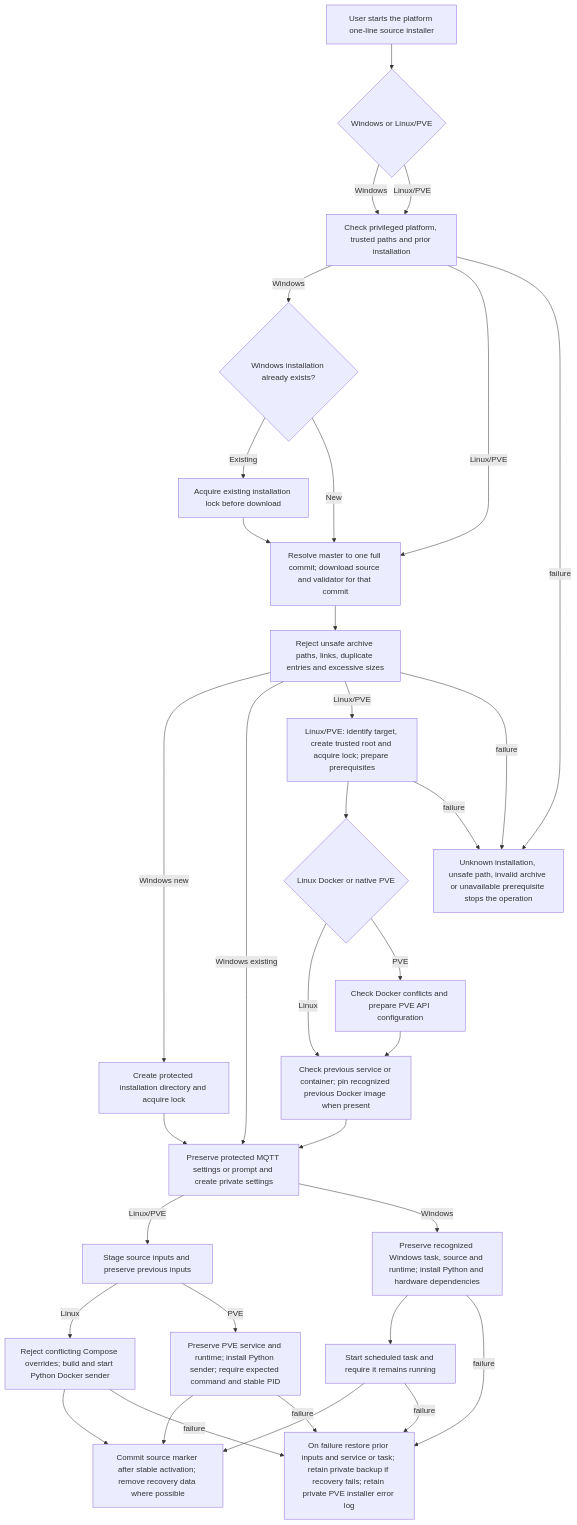
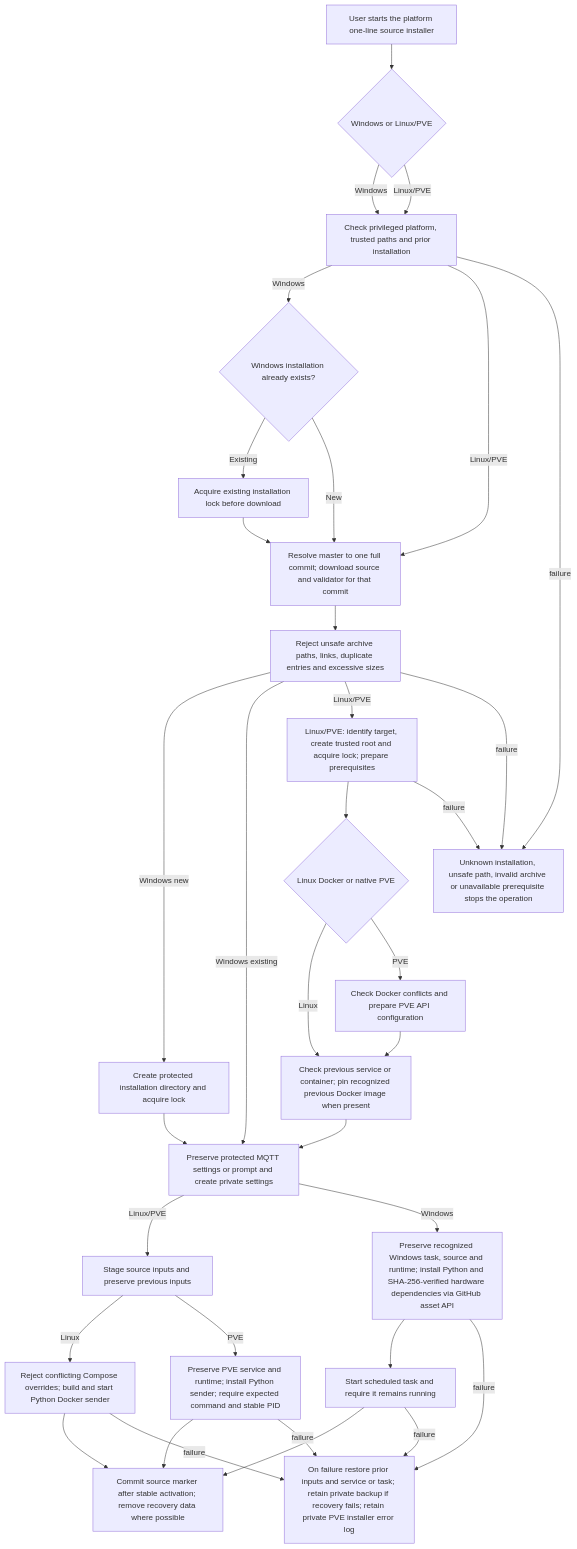
The diagram in docs/flows/sender.source-lifecycle.mmd (KarlSideProjects/hwmonitor-mqtt), drawn with Mermaid before and after one commit. The commit also changed 5 other files, not shown here.

Commit message:
WIP: fetch Windows hardware dependencies from asset API

```diff
--- a/docs/flows/sender.source-lifecycle.mmd
+++ b/docs/flows/sender.source-lifecycle.mmd
@@ -1,55 +1,55 @@
 flowchart TD
     A["User starts the platform one-line source installer"]
     B{"Windows or Linux/PVE"}
     C["Check privileged platform, trusted paths and prior installation"]
     D["Resolve master to one full commit; download source and validator for that commit"]
     E["Reject unsafe archive paths, links, duplicate entries and excessive sizes"]
     W{"Windows installation already exists?"}
     X["Acquire existing installation lock before download"]
     Y["Create protected installation directory and acquire lock"]
     F["Linux/PVE: identify target, create trusted root and acquire lock; prepare prerequisites"]
     H{"Linux Docker or native PVE"}
     K["Check Docker conflicts and prepare PVE API configuration"]
     R["Check previous service or container; pin recognized previous Docker image when present"]
     G["Preserve protected MQTT settings or prompt and create private settings"]
     I["Stage source inputs and preserve previous inputs"]
     J["Reject conflicting Compose overrides; build and start Python Docker sender"]
     L["Preserve PVE service and runtime; install Python sender; require expected command and stable PID"]
-    M["Preserve recognized Windows task, source and runtime; install Python and hardware dependencies"]
+    M["Preserve recognized Windows task, source and runtime; install Python and SHA-256-verified hardware dependencies via GitHub asset API"]
     N["Start scheduled task and require it remains running"]
     O["Commit source marker after stable activation; remove recovery data where possible"]
     P["On failure restore prior inputs and service or task; retain private backup if recovery fails; retain private PVE installer error log"]
     Q["Unknown installation, unsafe path, invalid archive or unavailable prerequisite stops the operation"]
     A --> B
     B -->|Windows| C
     B -->|Linux/PVE| C
     C -->|Windows| W
     W -->|Existing| X
     X --> D
     W -->|New| D
     C -->|Linux/PVE| D
     D --> E
     E -->|Windows new| Y
     E -->|Windows existing| G
     Y --> G
     E -->|Linux/PVE| F
     F --> H
     H -->|Linux| R
     H -->|PVE| K
     K --> R
     R --> G
     G -->|Linux/PVE| I
     G -->|Windows| M
     I -->|Linux| J
     I -->|PVE| L
     J --> O
     L --> O
     M --> N
     N --> O
     J -->|failure| P
     L -->|failure| P
     M -->|failure| P
     N -->|failure| P
     C -->|failure| Q
     E -->|failure| Q
     F -->|failure| Q
```
